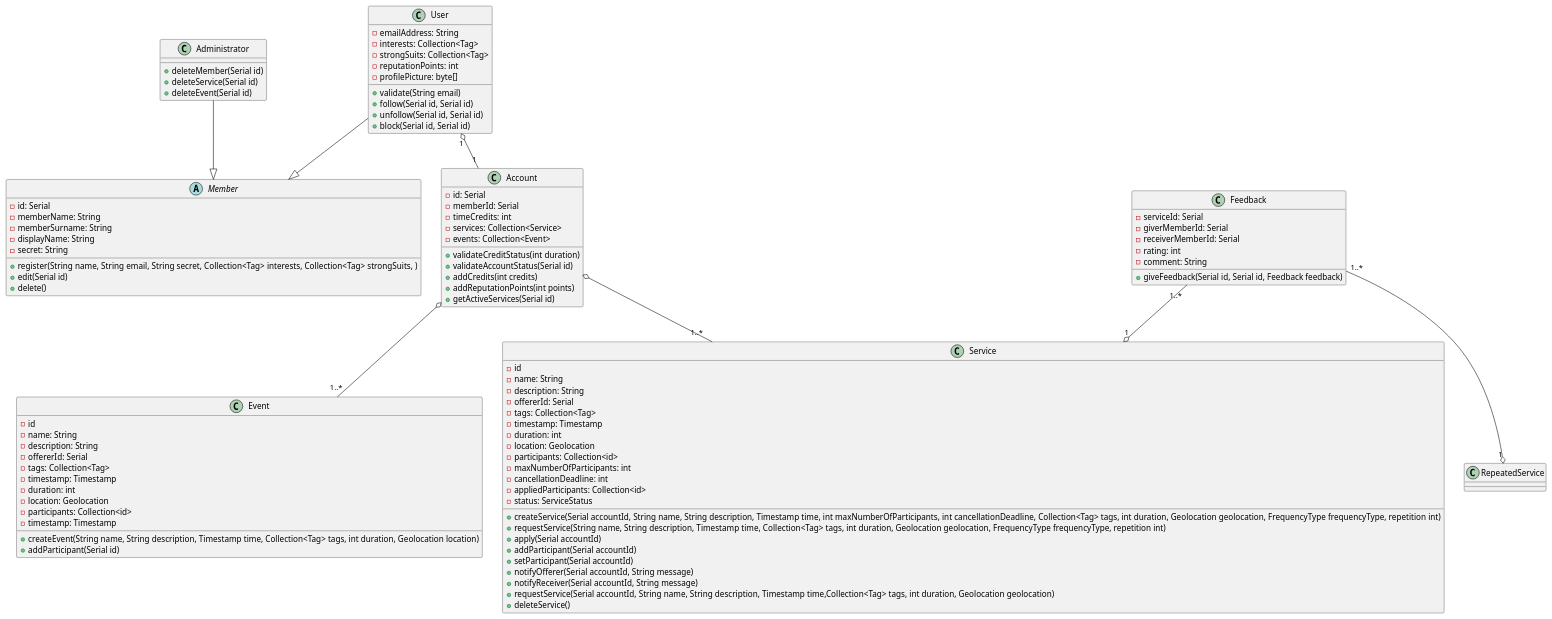
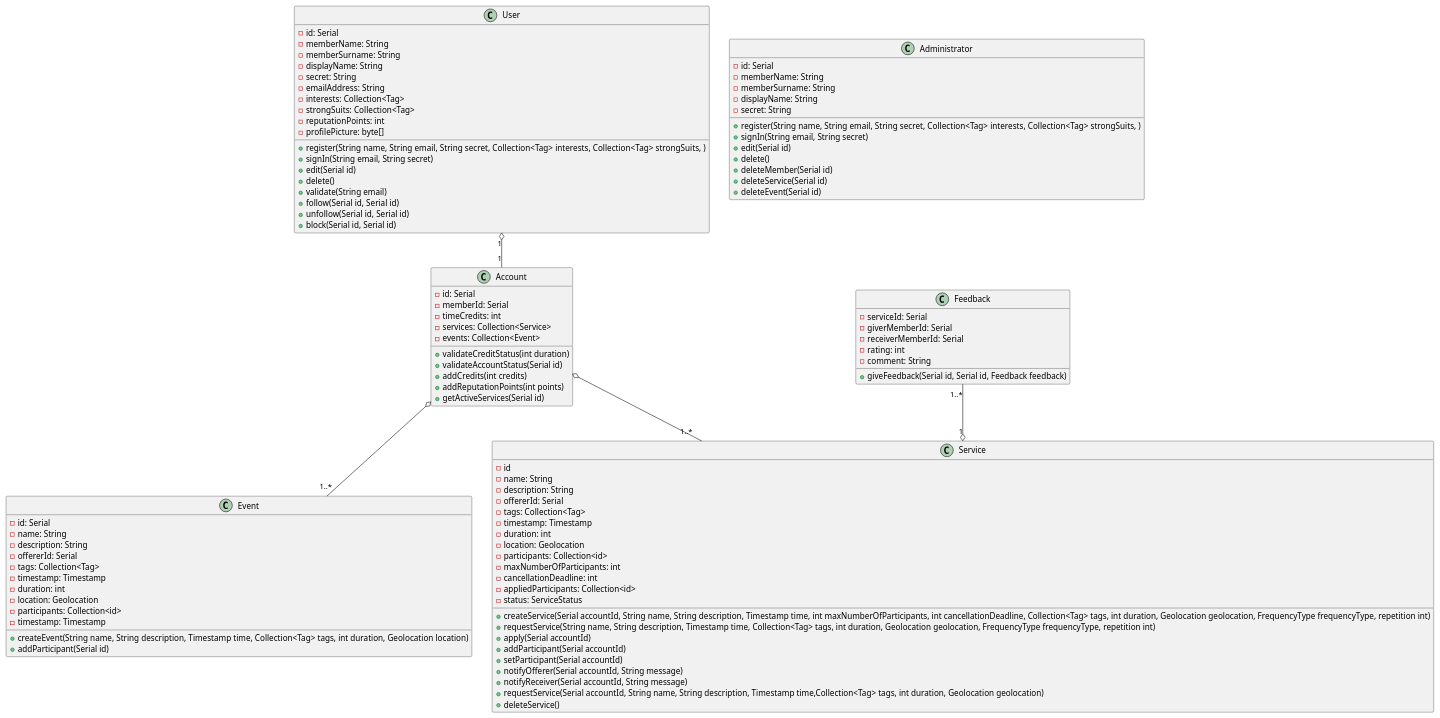
One commit to ZDenizYStenhaug/swe573-Project changed the diagram in classDiagrams.puml. Above: the diagram before and after it, drawn with PlantUML. The commit also changed 1 other file, not shown here.

Commit message:
add database diagram

```diff
--- a/classDiagrams.puml
+++ b/classDiagrams.puml
@@ -1,105 +1,112 @@
 @startuml
-abstract class Member {
-  -id: Serial
-  -memberName: String
-  -memberSurname: String
-  -displayName: String
-  -secret: String
 
-  +register(String name, String email, String secret, Collection<Tag> interests, Collection<Tag> strongSuits, )
-  +edit(Serial id)
-  +delete()
-}
 class User {
+    -id: Serial
+    -memberName: String
+    -memberSurname: String
+    -displayName: String
+    -secret: String
     -emailAddress: String
     -interests: Collection<Tag>
     -strongSuits: Collection<Tag>
     -reputationPoints: int
     -profilePicture: byte[]
 
+    +register(String name, String email, String secret, Collection<Tag> interests, Collection<Tag> strongSuits, )
+    +signIn(String email, String secret)
+    +edit(Serial id)
+    +delete()
     +validate(String email)
     +follow(Serial id, Serial id)
     +unfollow(Serial id, Serial id)
     +block(Serial id, Serial id)
 }
-User --|> Member
+
 class Administrator {
+    -id: Serial
+    -memberName: String
+    -memberSurname: String
+    -displayName: String
+    -secret: String
+
+
+    +register(String name, String email, String secret, Collection<Tag> interests, Collection<Tag> strongSuits, )
+    +signIn(String email, String secret)
+    +edit(Serial id)
+    +delete()
     +deleteMember(Serial id)
     +deleteService(Serial id)
     +deleteEvent(Serial id)
 }
-Administrator --|> Member
 
 class Account {
     -id: Serial
     -memberId: Serial
     -timeCredits: int
     -services: Collection<Service>
     -events: Collection<Event>
 
     +validateCreditStatus(int duration)
     +validateAccountStatus(Serial id)
     +addCredits(int credits)
     +addReputationPoints(int points)
     +getActiveServices(Serial id)
 }
 User"1" o-- "1" Account
 
 class Event {
-    -id
+    -id: Serial
     -name: String
     -description: String
     -offererId: Serial
     -tags: Collection<Tag>
     -timestamp: Timestamp
     -duration: int
     -location: Geolocation
     -participants: Collection<id>
     -timestamp: Timestamp
 
     +createEvent(String name, String description, Timestamp time, Collection<Tag> tags, int duration, Geolocation location)
     +addParticipant(Serial id)
 }
 Account o-- "1..*" Event
 
 class Service {
     -id
     -name: String
     -description: String
     -offererId: Serial
     -tags: Collection<Tag>
     -timestamp: Timestamp
     -duration: int
     -location: Geolocation
     -participants: Collection<id>
     -maxNumberOfParticipants: int
     -cancellationDeadline: int
     -appliedParticipants: Collection<id>
     -status: ServiceStatus
 
     +createService(Serial accountId, String name, String description, Timestamp time, int maxNumberOfParticipants, int cancellationDeadline, Collection<Tag> tags, int duration, Geolocation geolocation, FrequencyType frequencyType, repetition int)
     +requestService(String name, String description, Timestamp time, Collection<Tag> tags, int duration, Geolocation geolocation, FrequencyType frequencyType, repetition int)
     +apply(Serial accountId)
     +addParticipant(Serial accountId)
     +setParticipant(Serial accountId)
     +notifyOfferer(Serial accountId, String message)
     +notifyReceiver(Serial accountId, String message)
     +requestService(Serial accountId, String name, String description, Timestamp time,Collection<Tag> tags, int duration, Geolocation geolocation)
     +deleteService()
 }
 Account o-- "1..*" Service
 
 class Feedback {
     -serviceId: Serial
     -giverMemberId: Serial
     -receiverMemberId: Serial
     -rating: int
     -comment: String
 
     +giveFeedback(Serial id, Serial id, Feedback feedback)
 }
 Feedback "1..*" --o "1"Service
-Feedback "1..*" --o "1"RepeatedService
-
 
 @enduml
```
